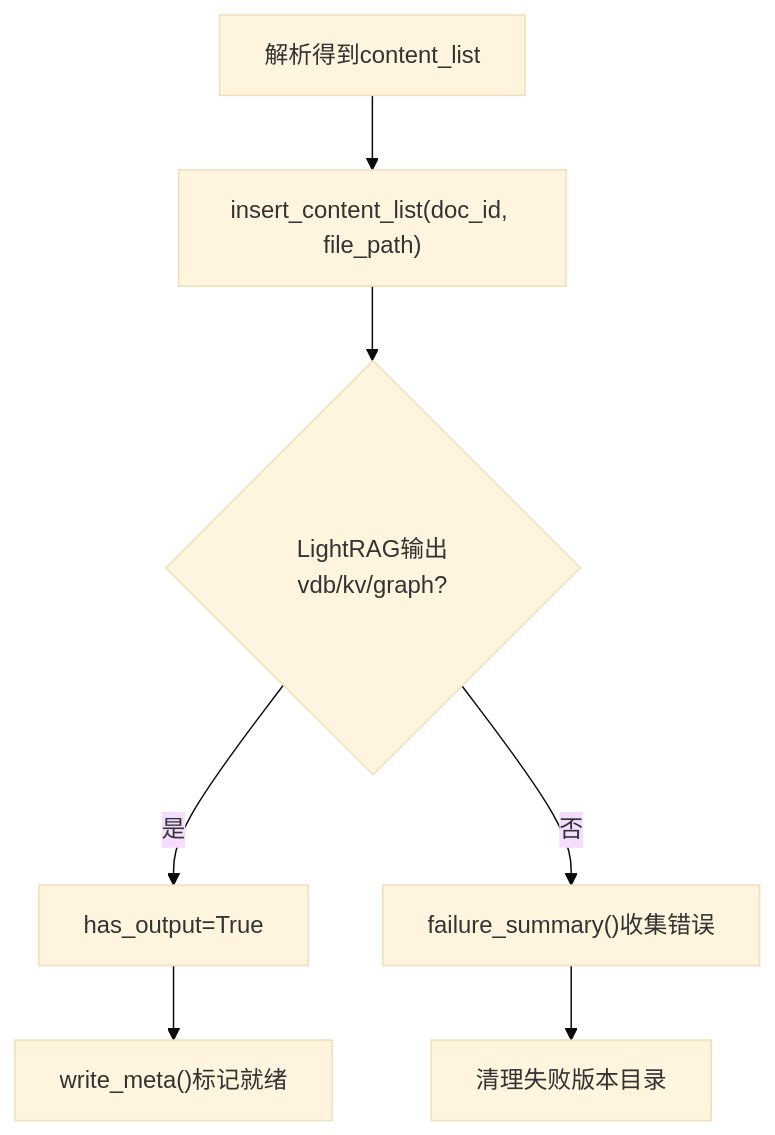
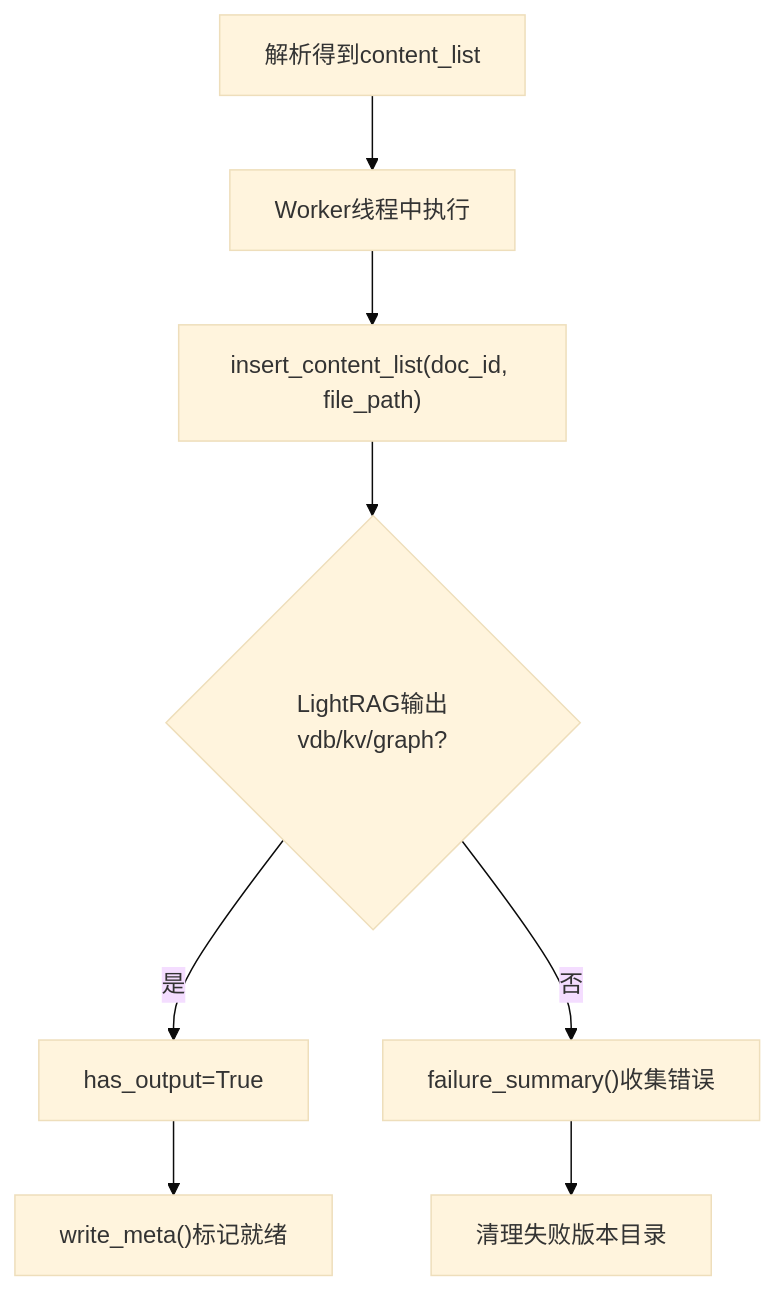
The fifth of 6 diagrams in .qoder/repowiki/zh/content/项目概述/核心特性概览/多引擎知识库/LightRAG管道.md (gongzili456/DeepTutor), drawn with Mermaid (base theme) before and after one commit. The commit also changed other lines of this file and 821 other files, not shown here.

````diff
--- a/.qoder/repowiki/zh/content/项目概述/核心特性概览/多引擎知识库/LightRAG管道.md
+++ b/.qoder/repowiki/zh/content/项目概述/核心特性概览/多引擎知识库/LightRAG管道.md
@@ -144,9 +200,10 @@
 ```mermaid
 flowchart TD
-A["解析得到content_list"] --> B["insert_content_list(doc_id, file_path)"]
-B --> C{"LightRAG输出vdb/kv/graph?"}
-C --> |是| D["has_output=True"]
-C --> |否| E["failure_summary()收集错误"]
-D --> F["write_meta()标记就绪"]
-E --> G["清理失败版本目录"]
+A["解析得到content_list"] --> B["Worker线程中执行"]
+B --> C["insert_content_list(doc_id, file_path)"]
+C --> D{"LightRAG输出vdb/kv/graph?"}
+D --> |是| E["has_output=True"]
+D --> |否| F["failure_summary()收集错误"]
+E --> G["write_meta()标记就绪"]
+F --> H["清理失败版本目录"]
 ```
````
